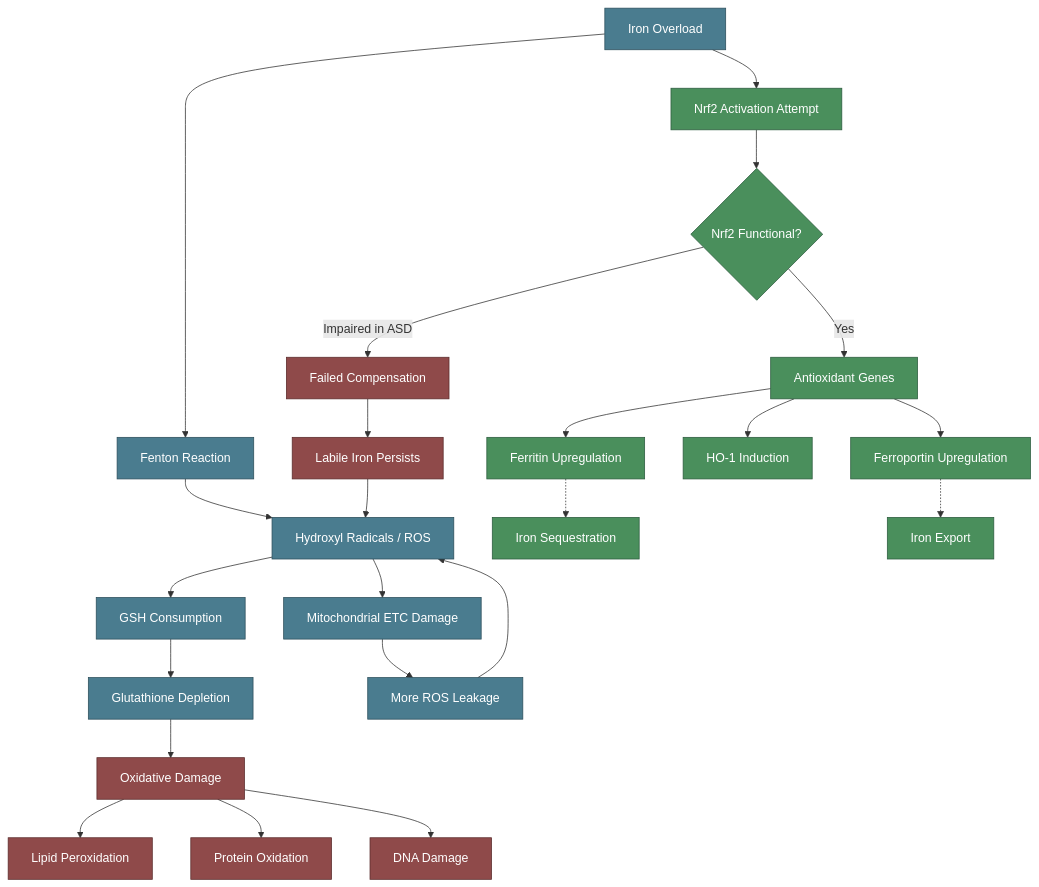
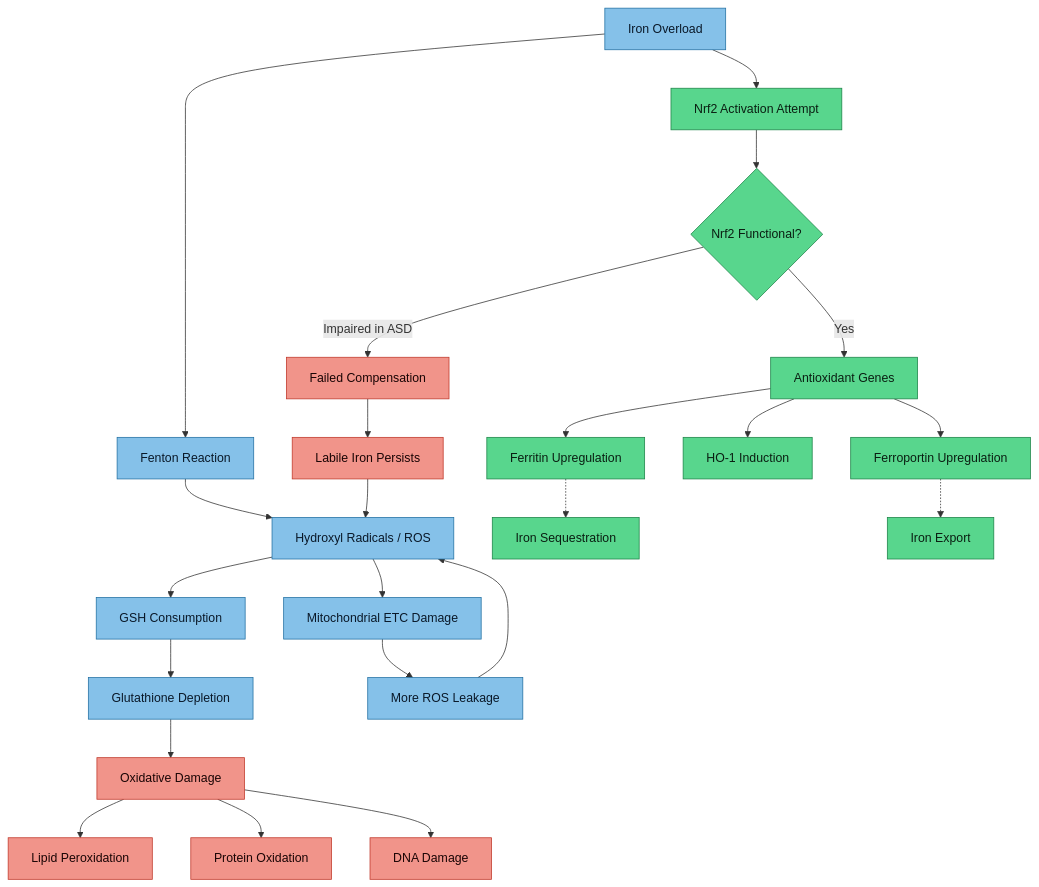
The diagram in research/Iron and Oxidative Stress in Autism.md (Aegis-commits/ag-hfe-adhd-asd-research), drawn with Mermaid before and after one commit. The commit also changed 39 other files, not shown here.

First line of the commit message:
docs(vault): standardise diagram colours for light-mode readability, add MOC quick nav

````diff
--- a/research/Iron and Oxidative Stress in Autism.md
+++ b/research/Iron and Oxidative Stress in Autism.md
@@ -34,37 +34,37 @@
 ```mermaid
 flowchart TD
     A[Iron Overload] --> B[Fenton Reaction]
     B --> C[Hydroxyl Radicals / ROS]
     C --> D[GSH Consumption]
     D --> E[Glutathione Depletion]
     C --> F[Mitochondrial ETC Damage]
     F --> G[More ROS Leakage]
     G --> C
 
     E --> H[Oxidative Damage]
     H --> I[Lipid Peroxidation]
     H --> J[Protein Oxidation]
     H --> K[DNA Damage]
 
     A --> L[Nrf2 Activation Attempt]
     L --> M{Nrf2 Functional?}
     M -->|Yes| N[Antioxidant Genes]
     N --> O[Ferritin Upregulation]
     N --> P[Ferroportin Upregulation]
     N --> Q[HO-1 Induction]
     O -.-> R[Iron Sequestration]
     P -.-> S[Iron Export]
 
     M -->|Impaired in ASD| T[Failed Compensation]
     T --> U[Labile Iron Persists]
     U --> C
 
-    classDef normal fill:#4a7c8f,stroke:#2d4f5c,color:#fff
-    classDef damage fill:#8f4a4a,stroke:#5c2d2d,color:#fff
-    classDef protect fill:#4a8f5c,stroke:#2d5c3f,color:#fff
+    classDef normal fill:#85c1e9,stroke:#2471a3,color:#0a1929
+    classDef damage fill:#f1948a,stroke:#c0392b,color:#1a0505
+    classDef protect fill:#58d68d,stroke:#1e8449,color:#0a1f12
     classDef warn fill:#8f7a4a,stroke:#5c4f2d,color:#fff
 
     class A,B,C,D,E,F,G normal
     class H,I,J,K,T,U damage
     class L,M,N,O,P,Q,R,S protect
 ```
````
